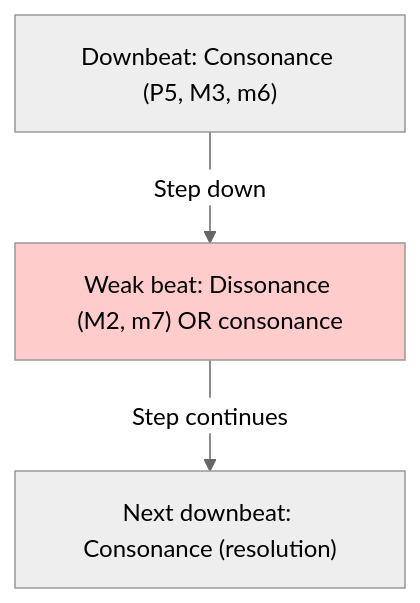
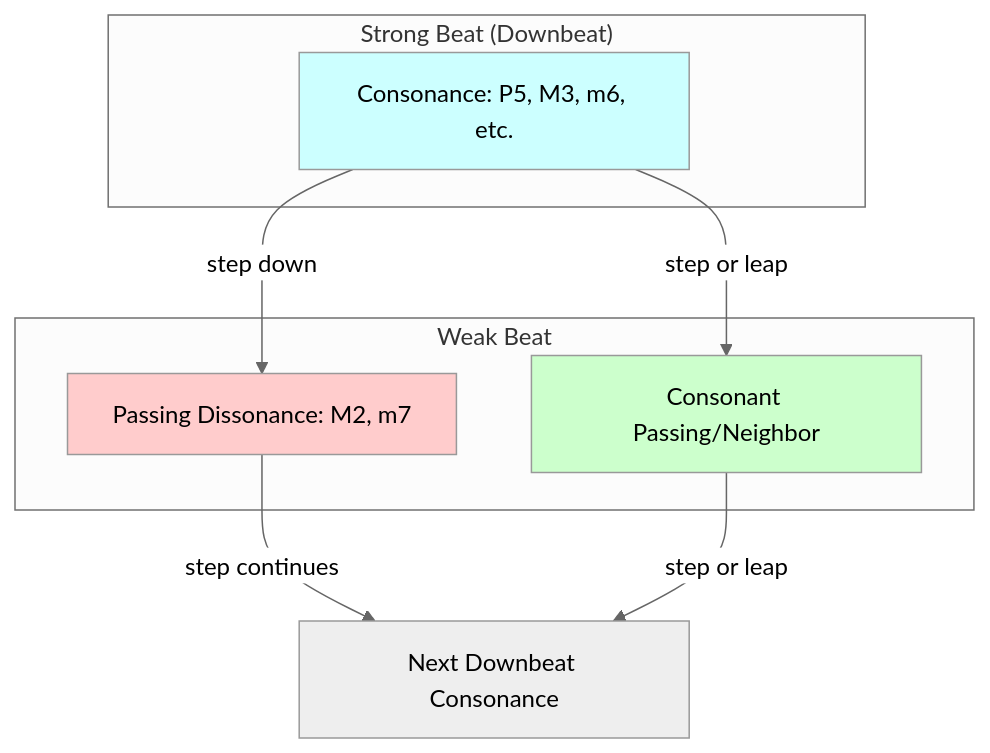
One commit to blebleblee/synapse changed the second of 3 diagrams in topics/arts/composition/counterpoint/labs.md. Above: the diagram before and after it, drawn with Mermaid (neutral theme). The commit also changed other lines of this file and 4 other files, not shown here.

````diff
--- a/topics/arts/composition/counterpoint/labs.md
+++ b/topics/arts/composition/counterpoint/labs.md
@@ -178,6 +241,20 @@
 ```mermaid
 graph TD
-    A["Downbeat: Consonance (P5, M3, m6)"] -->|"Step down"| B["Weak beat: Dissonance (M2, m7) OR consonance"]
-    B -->|"Step continues"| C["Next downbeat: Consonance (resolution)"]
+    subgraph sub_downbeat ["Strong Beat (Downbeat)"]
+        A["Consonance: P5, M3, m6, etc."]
+    end
+    
+    subgraph sub_weakbeat ["Weak Beat"]
+        B["Passing Dissonance: M2, m7"]
+        C["Consonant Passing/Neighbor"]
+    end
+    
+    A -->|"step down"| B
+    A -->|"step or leap"| C
+    B -->|"step continues"| D["Next Downbeat Consonance"]
+    C -->|"step or leap"| D
+    
     style B fill:#ffcccc
+    style A fill:#ccffff
+    style C fill:#ccffcc
 ```
````
